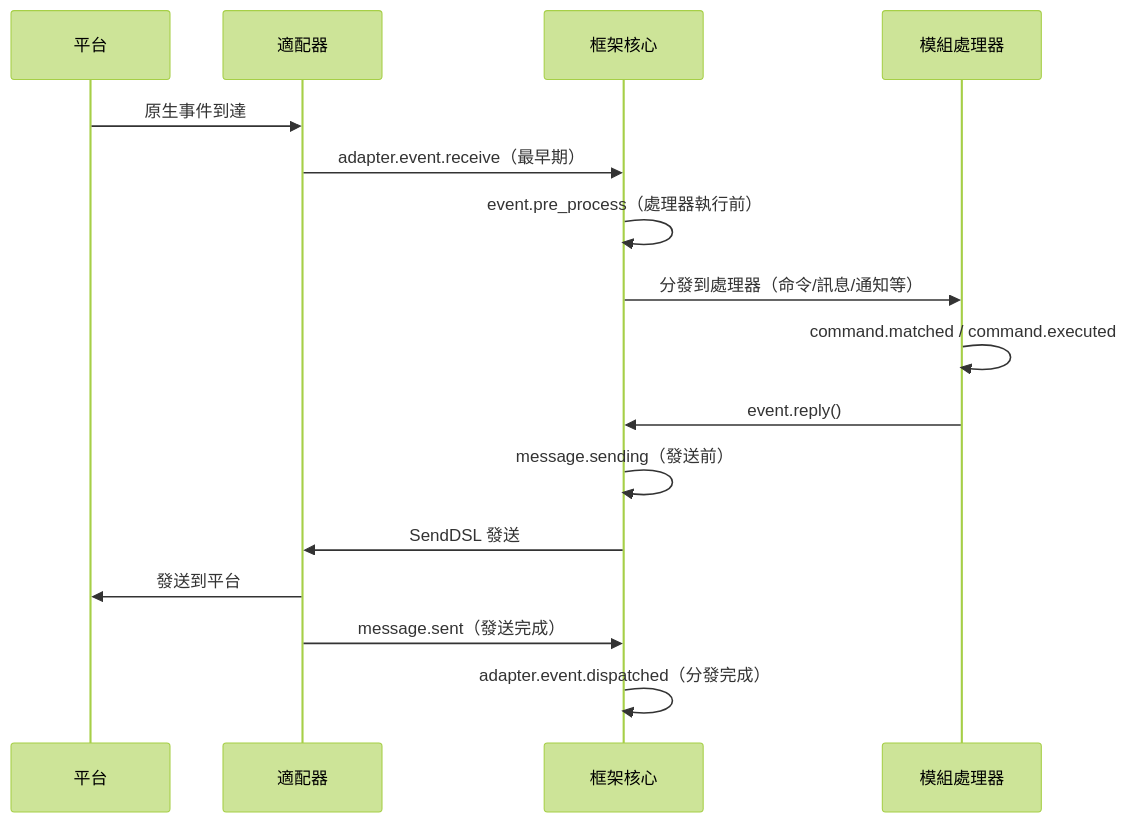
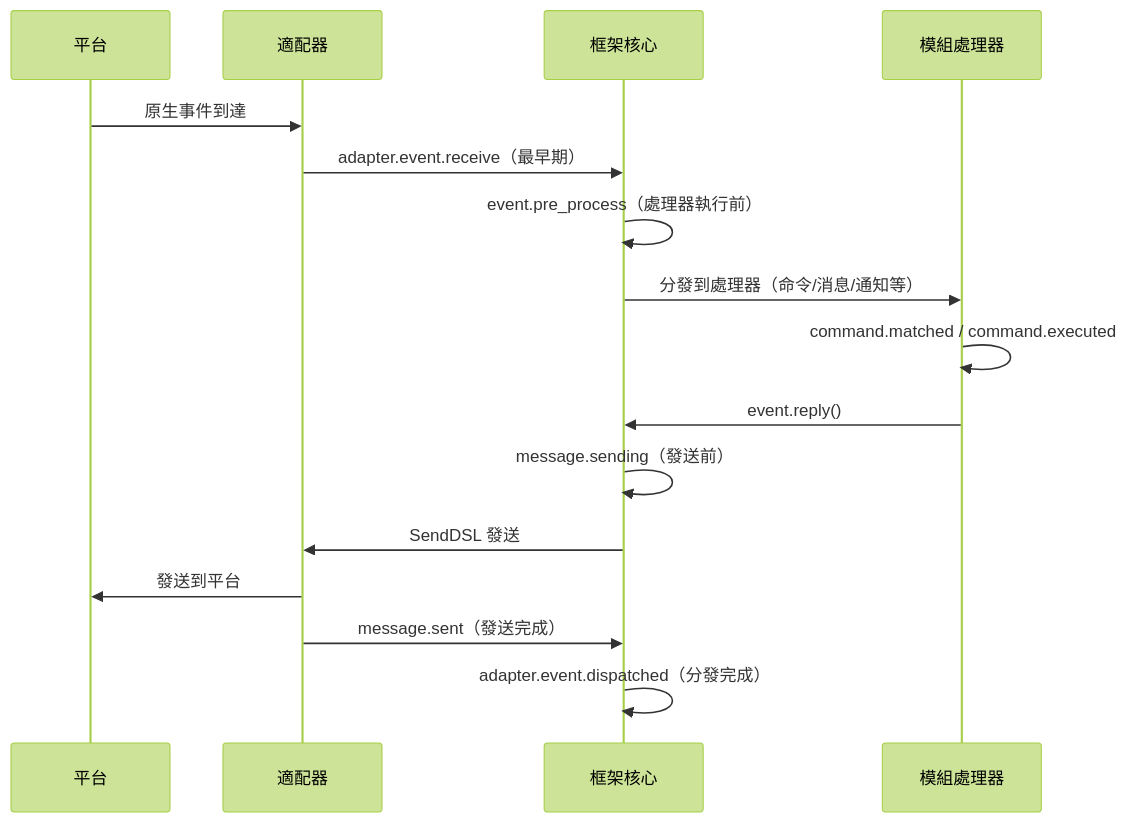
One commit to ErisPulse/ErisPulse changed the diagram in docs/zh-TW/advanced/lifecycle.md. Above: the diagram before and after it, drawn with Mermaid (forest theme). The commit also changed other lines of this file and 219 other files, not shown here.

````diff
--- a/docs/zh-TW/advanced/lifecycle.md
+++ b/docs/zh-TW/advanced/lifecycle.md
@@ -120,19 +123,19 @@
 ```mermaid
 sequenceDiagram
     participant P as 平台
     participant A as 適配器
     participant F as 框架核心
     participant M as 模組處理器
 
     P->>A: 原生事件到達
     A->>F: adapter.event.receive（最早期）
     F->>F: event.pre_process（處理器執行前）
-    F->>M: 分發到處理器（命令/訊息/通知等）
+    F->>M: 分發到處理器（命令/消息/通知等）
     M->>M: command.matched / command.executed
     M->>F: event.reply()
     F->>F: message.sending（發送前）
     F->>A: SendDSL 發送
     A->>P: 發送到平台
     A->>F: message.sent（發送完成）
     F->>F: adapter.event.dispatched（分發完成）
 ```
````
